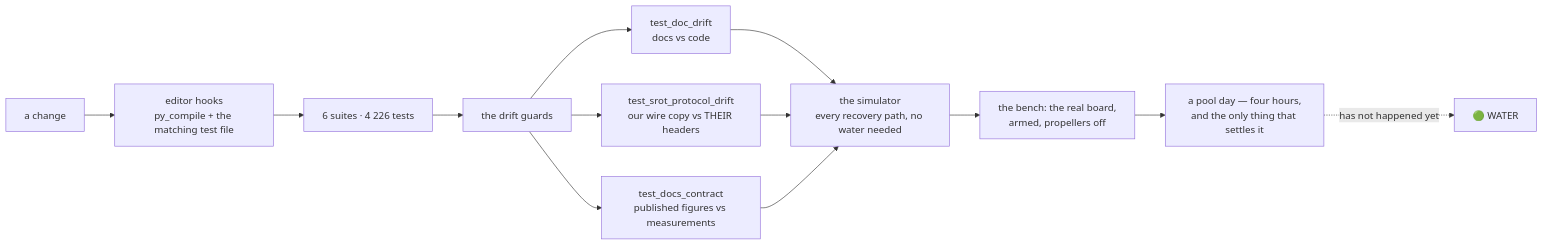
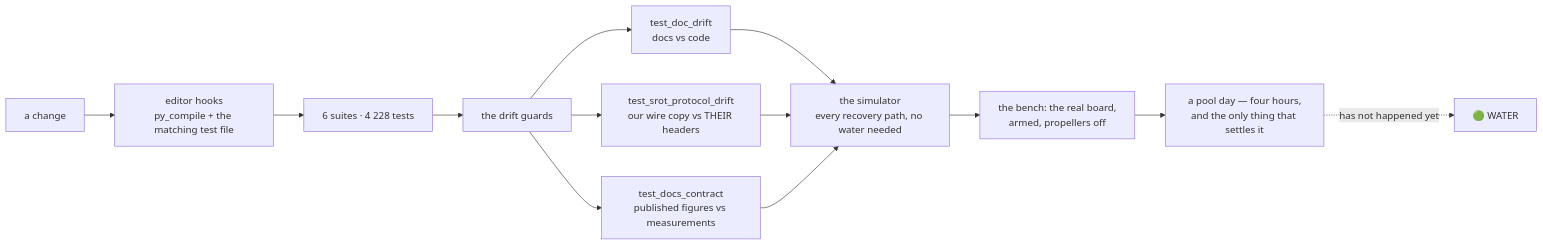
The ninth of 10 diagrams in README.md (fh1m/mongla_ws), drawn with Mermaid before and after one commit. The commit also changed other lines of this file and 3 other files, not shown here.

````diff
--- a/README.md
+++ b/README.md
@@ -752,15 +752,15 @@
 ```mermaid
 flowchart LR
     DEV["a change"] --> HOOK["editor hooks<br/>py_compile + the matching test file"]
-    HOOK --> UNIT["6 suites · 4 226 tests"]
+    HOOK --> UNIT["6 suites · 4 228 tests"]
     UNIT --> GUARD["the drift guards"]
     GUARD --> G1["test_doc_drift<br/>docs vs code"]
     GUARD --> G2["test_srot_protocol_drift<br/>our wire copy vs THEIR headers"]
     GUARD --> G3["test_docs_contract<br/>published figures vs measurements"]
     G1 --> SIM["the simulator<br/>every recovery path, no water needed"]
     G2 --> SIM
     G3 --> SIM
     SIM --> BENCH["the bench: the real board,<br/>armed, propellers off"]
     BENCH --> POOL["a pool day — four hours,<br/>and the only thing that settles it"]
     POOL -.->|"has not happened yet"| WATER["🟢 WATER"]
 ```
````
